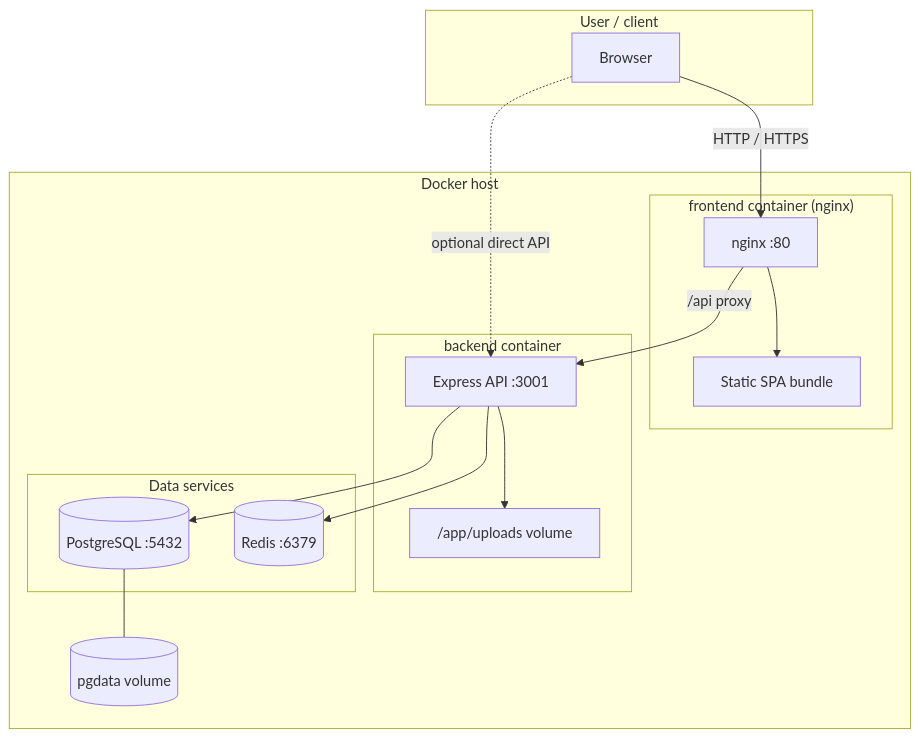
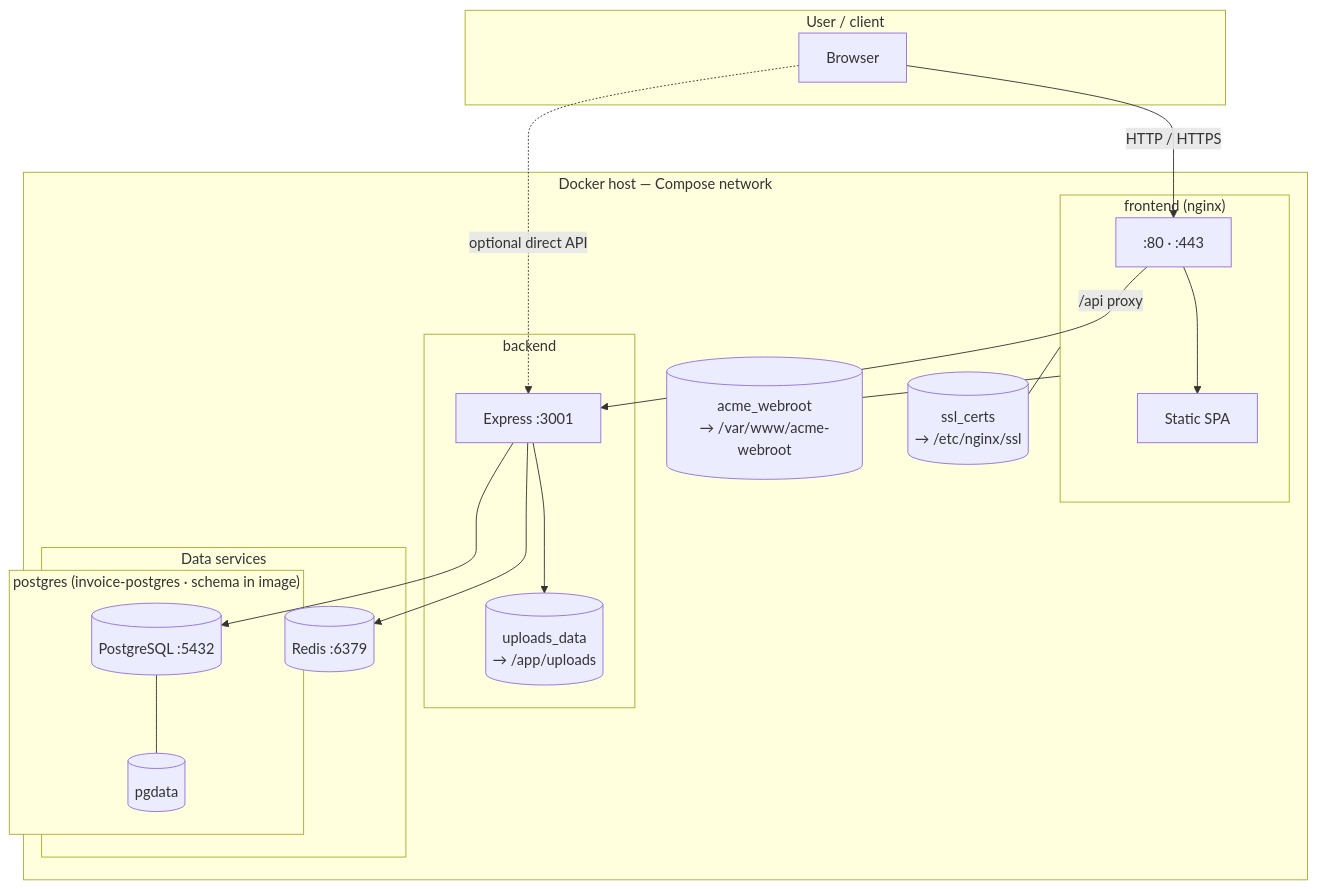
One commit to becomeonewiththecode/invoicing changed the diagram in deployment/diagram.md. Above: the diagram before and after it, drawn with Mermaid. The commit also changed other lines of this file and 2 other files, not shown here.

Commit message:
docs: align deployment diagrams with Compose images and named volumes
- Update deployment/diagram.md for invoice-postgres, uploads_data, acme_webroot, ssl_certs
- Refresh Docker stack diagram in docs/architecture.md (TLS volumes, pgdata)
- Link diagram.md from deployment/README.md

Made-with: Cursor

````diff
--- a/deployment/diagram.md
+++ b/deployment/diagram.md
@@ -3,34 +5,40 @@
 ```mermaid
 flowchart TB
   subgraph Internet["User / client"]
     U[Browser]
   end
 
-  subgraph Host["Docker host"]
-    subgraph FE["frontend container (nginx)"]
-      NG[nginx :80]
-      SPA[Static SPA bundle]
+  subgraph Host["Docker host — Compose network"]
+    subgraph FE["frontend (nginx)"]
+      NG[":80 · :443"]
+      SPA[Static SPA]
       NG --> SPA
     end
 
-    subgraph BE["backend container"]
-      API[Express API :3001]
-      UP["/app/uploads volume"]
+    ACME[("acme_webroot\n→ /var/www/acme-webroot")]
+    TLS[("ssl_certs\n→ /etc/nginx/ssl")]
+    FE --- ACME
+    FE --- TLS
+
+    subgraph BE["backend"]
+      API[Express :3001]
+      UP[("uploads_data\n→ /app/uploads")]
       API --> UP
     end
 
     subgraph Data["Data services"]
-      PG[(PostgreSQL :5432)]
+      subgraph PGsvc["postgres (invoice-postgres · schema in image)"]
+        PG[(PostgreSQL :5432)]
+        PGVOL[("pgdata")]
+        PG --- PGVOL
+      end
       RD[(Redis :6379)]
     end
-
-    PGVOL[("pgdata volume")]
-    PG --- PGVOL
   end
 
   U -->|HTTP / HTTPS| NG
   NG -->|"/api proxy"| API
   U -.->|optional direct API| API
   API --> PG
   API --> RD
 ```
````
